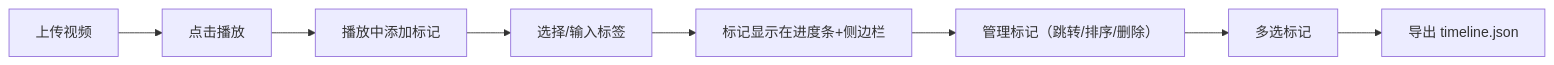
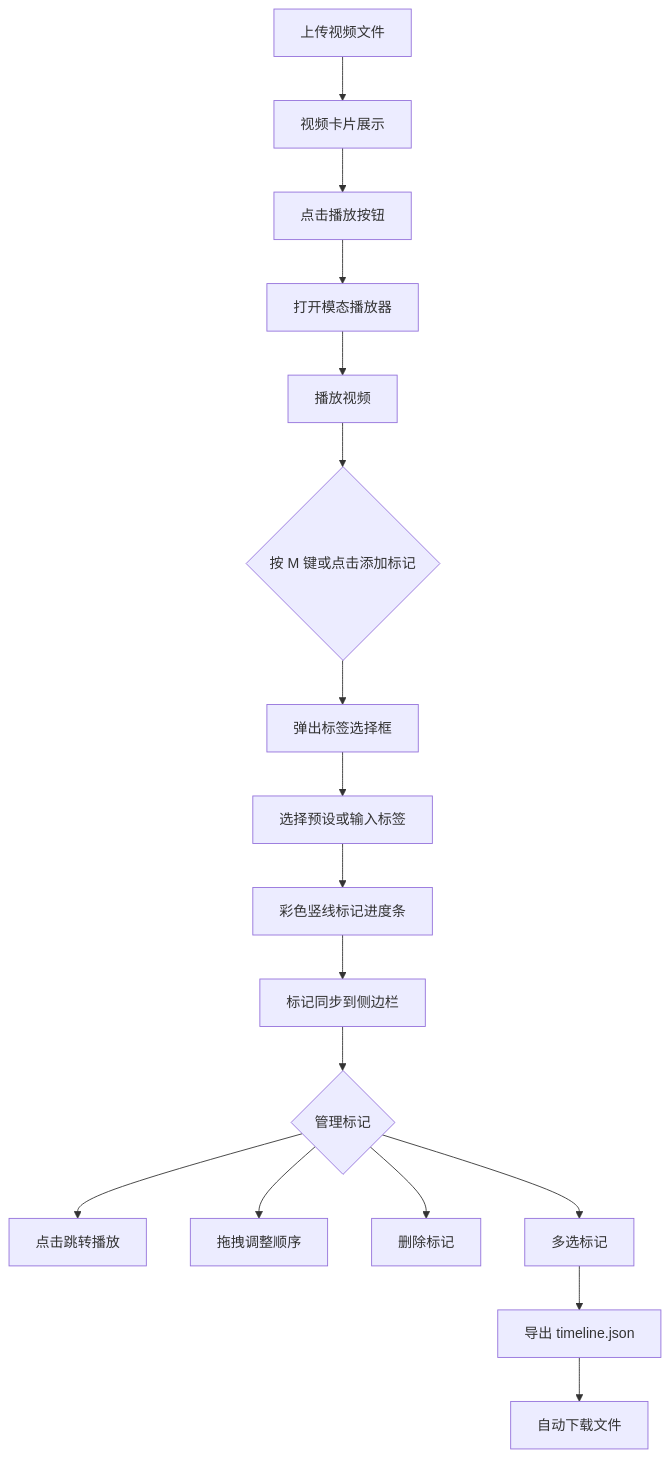
The diagram in cp3_6.17_auto6/.trae/documents/PRD.md (NUDT-ZSL/Solo), drawn with Mermaid before and after one commit. The commit also changed other lines of this file and 23 other files, not shown here.

````diff
--- a/cp3_6.17_auto6/.trae/documents/PRD.md
+++ b/cp3_6.17_auto6/.trae/documents/PRD.md
@@ -31,10 +45,19 @@
 ```mermaid
-flowchart LR
-    A["上传视频"] --> B["点击播放"]
-    B --> C["播放中添加标记"]
-    C --> D["选择/输入标签"]
-    D --> E["标记显示在进度条+侧边栏"]
-    E --> F["管理标记（跳转/排序/删除）"]
-    F --> G["多选标记"]
-    G --> H["导出 timeline.json"]
+flowchart TD
+    A["上传视频文件"] --> B["视频卡片展示"]
+    B --> C["点击播放按钮"]
+    C --> D["打开模态播放器"]
+    D --> E["播放视频"]
+    E --> F{"按 M 键或点击添加标记"}
+    F --> G["弹出标签选择框"]
+    G --> H["选择预设或输入标签"]
+    H --> I["彩色竖线标记进度条"]
+    I --> J["标记同步到侧边栏"]
+    J --> K{"管理标记"}
+    K --> L["点击跳转播放"]
+    K --> M["拖拽调整顺序"]
+    K --> N["删除标记"]
+    K --> O["多选标记"]
+    O --> P["导出 timeline.json"]
+    P --> Q["自动下载文件"]
 ```
````
